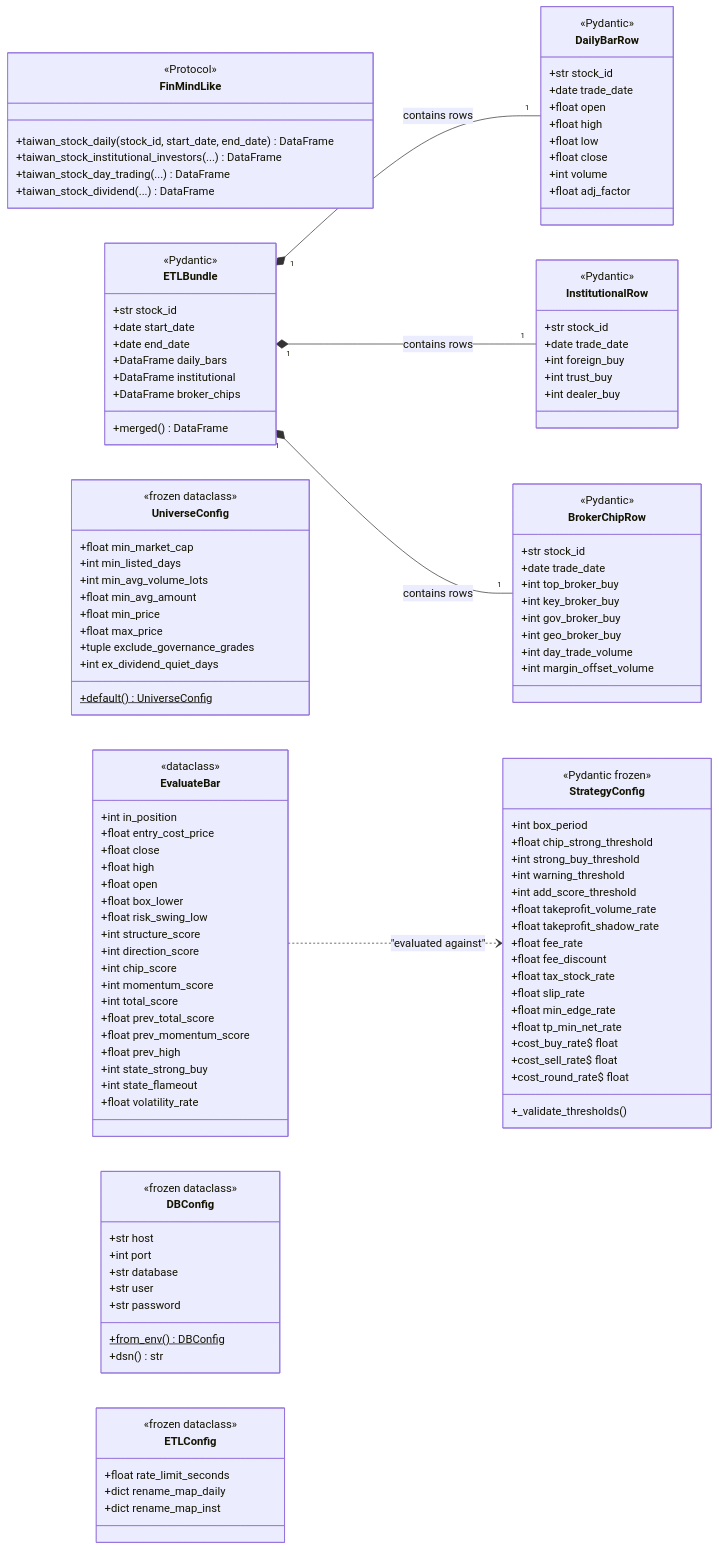
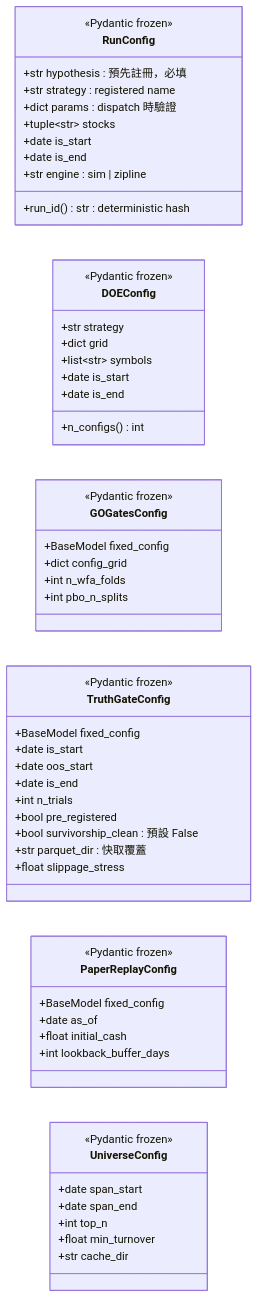
The fourth of 7 diagrams in dev_docs/10_class_relationships_template.md (Zenobia000/Quantitative_Trading), drawn with Mermaid before and after one commit. The commit also changed other lines of this file and 51 other files, not shown here.

````diff
--- a/dev_docs/10_class_relationships_template.md
+++ b/dev_docs/10_class_relationships_template.md
@@ -10,135 +197,63 @@
 classDiagram
     direction LR
 
-    class StrategyConfig {
+    class RunConfig {
         <<Pydantic frozen>>
-        +int box_period
-        +float chip_strong_threshold
-        +int strong_buy_threshold
-        +int warning_threshold
-        +int add_score_threshold
-        +float takeprofit_volume_rate
-        +float takeprofit_shadow_rate
-        +float fee_rate
-        +float fee_discount
-        +float tax_stock_rate
-        +float slip_rate
-        +float min_edge_rate
-        +float tp_min_net_rate
-        +cost_buy_rate$ float
-        +cost_sell_rate$ float
-        +cost_round_rate$ float
-        +_validate_thresholds()
+        +str hypothesis : 預先註冊，必填
+        +str strategy : registered name
+        +dict params : dispatch 時驗證
+        +tuple~str~ stocks
+        +date is_start
+        +date is_end
+        +str engine : sim | zipline
+        +run_id() str : deterministic hash
     }
 
-    class FinMindLike {
-        <<Protocol>>
-        +taiwan_stock_daily(stock_id, start_date, end_date) DataFrame
-        +taiwan_stock_institutional_investors(...) DataFrame
-        +taiwan_stock_day_trading(...) DataFrame
-        +taiwan_stock_dividend(...) DataFrame
+    class DOEConfig {
+        <<Pydantic frozen>>
+        +str strategy
+        +dict grid
+        +list~str~ symbols
+        +date is_start
+        +date is_end
+        +n_configs() int
     }
 
-    class ETLBundle {
-        <<Pydantic>>
-        +str stock_id
-        +date start_date
-        +date end_date
-        +DataFrame daily_bars
-        +DataFrame institutional
-        +DataFrame broker_chips
-        +merged() DataFrame
+    class GOGatesConfig {
+        <<Pydantic frozen>>
+        +BaseModel fixed_config
+        +dict config_grid
+        +int n_wfa_folds
+        +int pbo_n_splits
     }
 
-    class DailyBarRow {
-        <<Pydantic>>
-        +str stock_id
-        +date trade_date
-        +float open
-        +float high
-        +float low
-        +float close
-        +int volume
-        +float adj_factor
+    class TruthGateConfig {
+        <<Pydantic frozen>>
+        +BaseModel fixed_config
+        +date is_start
+        +date oos_start
+        +date is_end
+        +int n_trials
+        +bool pre_registered
+        +bool survivorship_clean : 預設 False
+        +str parquet_dir : 快取覆蓋
+        +float slippage_stress
     }
 
-    class InstitutionalRow {
-        <<Pydantic>>
-        +str stock_id
-        +date trade_date
-        +int foreign_buy
-        +int trust_buy
-        +int dealer_buy
-    }
-
-    class BrokerChipRow {
-        <<Pydantic>>
-        +str stock_id
-        +date trade_date
-        +int top_broker_buy
-        +int key_broker_buy
-        +int gov_broker_buy
-        +int geo_broker_buy
-        +int day_trade_volume
-        +int margin_offset_volume
+    class PaperReplayConfig {
+        <<Pydantic frozen>>
+        +BaseModel fixed_config
+        +date as_of
+        +float initial_cash
+        +int lookback_buffer_days
     }
 
     class UniverseConfig {
-        <<frozen dataclass>>
-        +float min_market_cap
-        +int min_listed_days
-        +int min_avg_volume_lots
-        +float min_avg_amount
-        +float min_price
-        +float max_price
-        +tuple exclude_governance_grades
-        +int ex_dividend_quiet_days
-        +default()$ UniverseConfig
+        <<Pydantic frozen>>
+        +date span_start
+        +date span_end
+        +int top_n
+        +float min_turnover
+        +str cache_dir
     }
-
-    class EvaluateBar {
-        <<dataclass>>
-        +int in_position
-        +float entry_cost_price
-        +float close
-        +float high
-        +float open
-        +float box_lower
-        +float risk_swing_low
-        +int structure_score
-        +int direction_score
-        +int chip_score
-        +int momentum_score
-        +int total_score
-        +float prev_total_score
-        +float prev_momentum_score
-        +float prev_high
-        +int state_strong_buy
-        +int state_flameout
-        +float volatility_rate
-    }
-
-    class DBConfig {
-        <<frozen dataclass>>
-        +str host
-        +int port
-        +str database
-        +str user
-        +str password
-        +from_env()$ DBConfig
-        +dsn() str
-    }
-
-    class ETLConfig {
-        <<frozen dataclass>>
-        +float rate_limit_seconds
-        +dict rename_map_daily
-        +dict rename_map_inst
-    }
-
-    ETLBundle "1" *-- "1" DailyBarRow : contains rows
-    ETLBundle "1" *-- "1" InstitutionalRow : contains rows
-    ETLBundle "1" *-- "1" BrokerChipRow : contains rows
-
-    EvaluateBar ..> StrategyConfig : "evaluated against"
 ```
````
